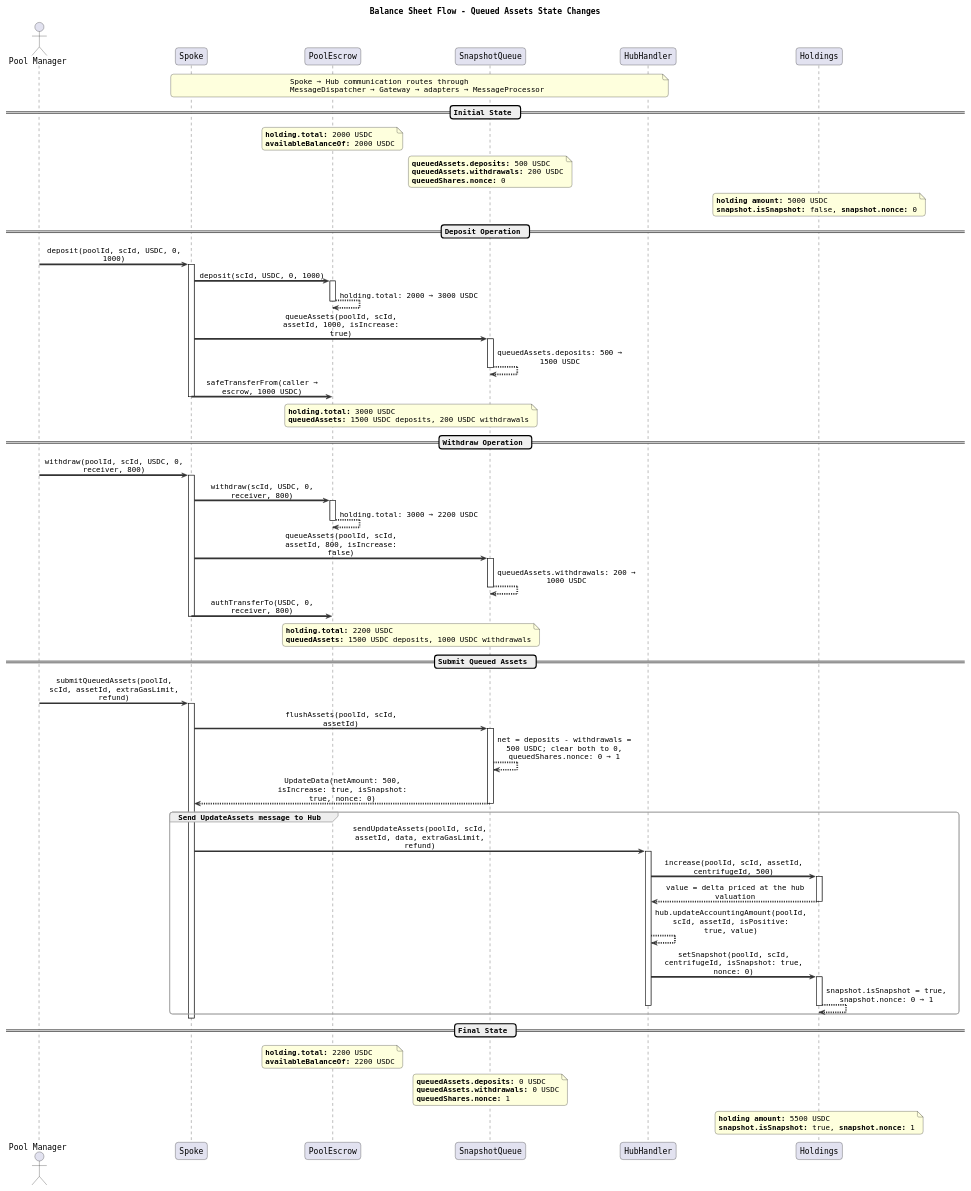
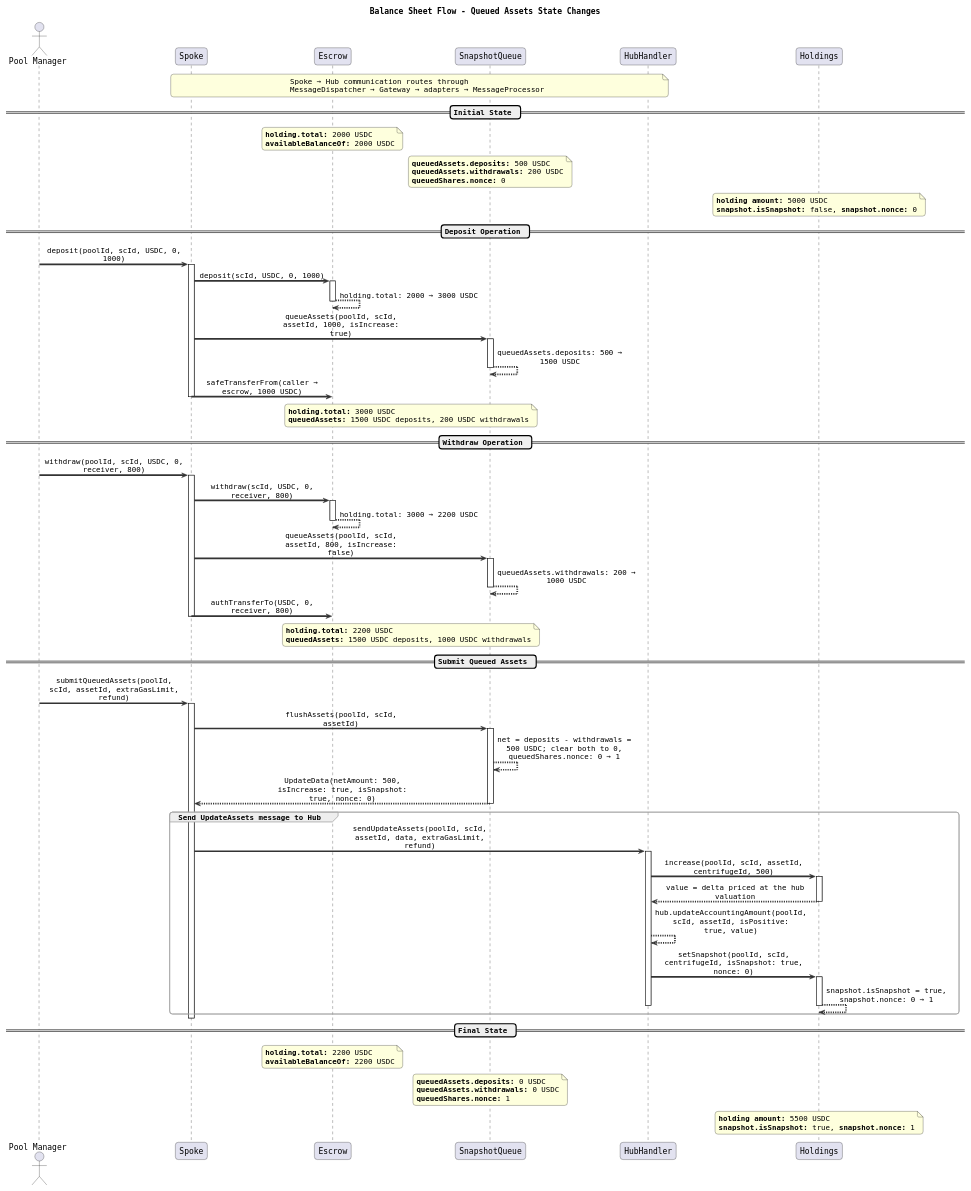
The diagram in docs/architecture/core/spoke/balance-sheet.puml (centrifuge/protocol), drawn with PlantUML before and after one commit. The commit also changed 163 other files, not shown here.

```diff
--- a/docs/architecture/core/spoke/balance-sheet.puml
+++ b/docs/architecture/core/spoke/balance-sheet.puml
@@ -1,128 +1,128 @@
 @startuml
 title Balance Sheet Flow - Queued Assets State Changes
 
 skinparam sequenceArrowThickness 3
 skinparam backgroundColor white
 skinparam sequenceMessageAlign center
 skinparam maxMessageSize 250
 skinparam roundcorner 10
 skinparam shadowing false
 skinparam defaultFontName "Monospaced"
 
 skinparam sequence {
     ArrowColor #333333
     BoxBorderColor #999999
     BoxBackgroundColor #F9F9F9
     GroupBorderColor #AAAAAA
     GroupBackgroundColor #EEEEEE
 }
 
 actor "Pool Manager" as PM
 participant Spoke
-participant PoolEscrow
+participant Escrow
 participant SnapshotQueue
 participant HubHandler
 participant Holdings
 
 note over Spoke, HubHandler
     Spoke → Hub communication routes through
     MessageDispatcher → Gateway → adapters → MessageProcessor
 end note
 
 == Initial State ==
-note over PoolEscrow
+note over Escrow
     **holding.total:** 2000 USDC
     **availableBalanceOf:** 2000 USDC
 end note
 
 note over SnapshotQueue
     **queuedAssets.deposits:** 500 USDC
     **queuedAssets.withdrawals:** 200 USDC
     **queuedShares.nonce:** 0
 end note
 
 note over Holdings
     **holding amount:** 5000 USDC
     **snapshot.isSnapshot:** false, **snapshot.nonce:** 0
 end note
 
 == Deposit Operation ==
 PM -> Spoke: deposit(poolId, scId, USDC, 0, 1000)
 activate Spoke
-Spoke -> PoolEscrow: deposit(scId, USDC, 0, 1000)
-activate PoolEscrow
-PoolEscrow --> PoolEscrow: holding.total: 2000 → 3000 USDC
-deactivate PoolEscrow
+Spoke -> Escrow: deposit(scId, USDC, 0, 1000)
+activate Escrow
+Escrow --> Escrow: holding.total: 2000 → 3000 USDC
+deactivate Escrow
 Spoke -> SnapshotQueue: queueAssets(poolId, scId, assetId, 1000, isIncrease: true)
 activate SnapshotQueue
 SnapshotQueue --> SnapshotQueue: queuedAssets.deposits: 500 → 1500 USDC
 deactivate SnapshotQueue
-Spoke -> PoolEscrow: safeTransferFrom(caller → escrow, 1000 USDC)
+Spoke -> Escrow: safeTransferFrom(caller → escrow, 1000 USDC)
 deactivate Spoke
 
-note over PoolEscrow, SnapshotQueue
+note over Escrow, SnapshotQueue
     **holding.total:** 3000 USDC
     **queuedAssets:** 1500 USDC deposits, 200 USDC withdrawals
 end note
 
 == Withdraw Operation ==
 PM -> Spoke: withdraw(poolId, scId, USDC, 0, receiver, 800)
 activate Spoke
-Spoke -> PoolEscrow: withdraw(scId, USDC, 0, receiver, 800)
-activate PoolEscrow
-PoolEscrow --> PoolEscrow: holding.total: 3000 → 2200 USDC
-deactivate PoolEscrow
+Spoke -> Escrow: withdraw(scId, USDC, 0, receiver, 800)
+activate Escrow
+Escrow --> Escrow: holding.total: 3000 → 2200 USDC
+deactivate Escrow
 Spoke -> SnapshotQueue: queueAssets(poolId, scId, assetId, 800, isIncrease: false)
 activate SnapshotQueue
 SnapshotQueue --> SnapshotQueue: queuedAssets.withdrawals: 200 → 1000 USDC
 deactivate SnapshotQueue
-Spoke -> PoolEscrow: authTransferTo(USDC, 0, receiver, 800)
+Spoke -> Escrow: authTransferTo(USDC, 0, receiver, 800)
 deactivate Spoke
 
-note over PoolEscrow, SnapshotQueue
+note over Escrow, SnapshotQueue
     **holding.total:** 2200 USDC
     **queuedAssets:** 1500 USDC deposits, 1000 USDC withdrawals
 end note
 
 == Submit Queued Assets ==
 PM -> Spoke: submitQueuedAssets(poolId, scId, assetId, extraGasLimit, refund)
 activate Spoke
 Spoke -> SnapshotQueue: flushAssets(poolId, scId, assetId)
 activate SnapshotQueue
 SnapshotQueue --> SnapshotQueue: net = deposits - withdrawals = 500 USDC; clear both to 0, queuedShares.nonce: 0 → 1
 SnapshotQueue --> Spoke: UpdateData(netAmount: 500, isIncrease: true, isSnapshot: true, nonce: 0)
 deactivate SnapshotQueue
 group Send UpdateAssets message to Hub
 Spoke -> HubHandler: sendUpdateAssets(poolId, scId, assetId, data, extraGasLimit, refund)
 activate HubHandler
 HubHandler -> Holdings: increase(poolId, scId, assetId, centrifugeId, 500)
 activate Holdings
 Holdings --> HubHandler: value = delta priced at the hub valuation
 deactivate Holdings
 HubHandler --> HubHandler: hub.updateAccountingAmount(poolId, scId, assetId, isPositive: true, value)
 HubHandler -> Holdings: setSnapshot(poolId, scId, centrifugeId, isSnapshot: true, nonce: 0)
 activate Holdings
 Holdings --> Holdings: snapshot.isSnapshot = true, snapshot.nonce: 0 → 1
 deactivate Holdings
 deactivate HubHandler
 end
 deactivate Spoke
 
 == Final State ==
-note over PoolEscrow
+note over Escrow
     **holding.total:** 2200 USDC
     **availableBalanceOf:** 2200 USDC
 end note
 
 note over SnapshotQueue
     **queuedAssets.deposits:** 0 USDC
     **queuedAssets.withdrawals:** 0 USDC
     **queuedShares.nonce:** 1
 end note
 
 note over Holdings
     **holding amount:** 5500 USDC
     **snapshot.isSnapshot:** true, **snapshot.nonce:** 1
 end note
 
 @enduml
```
